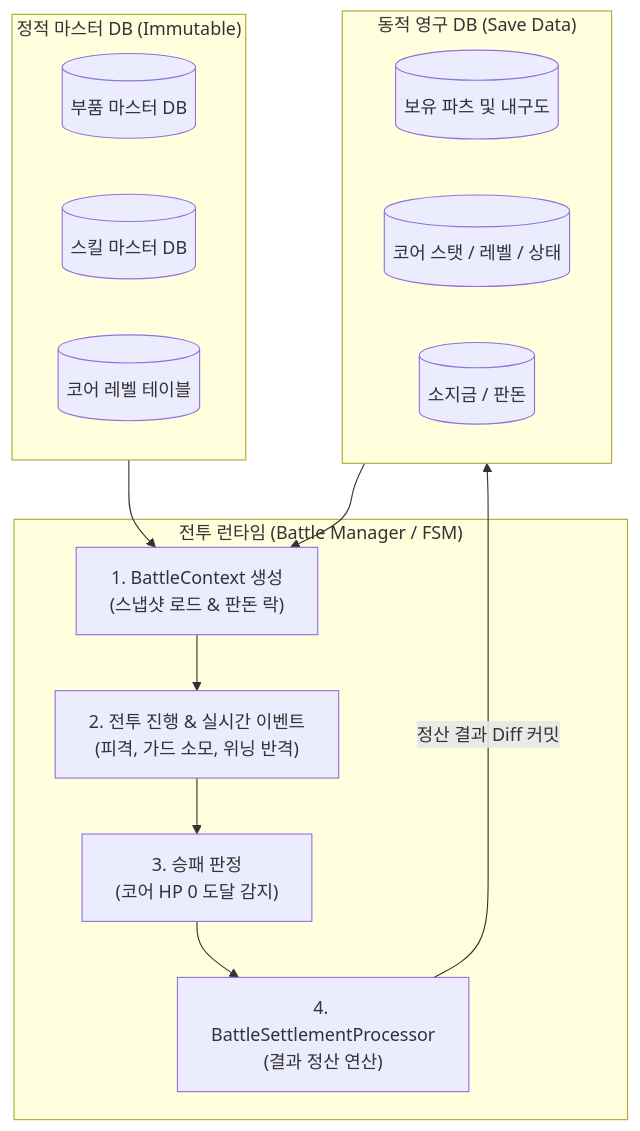
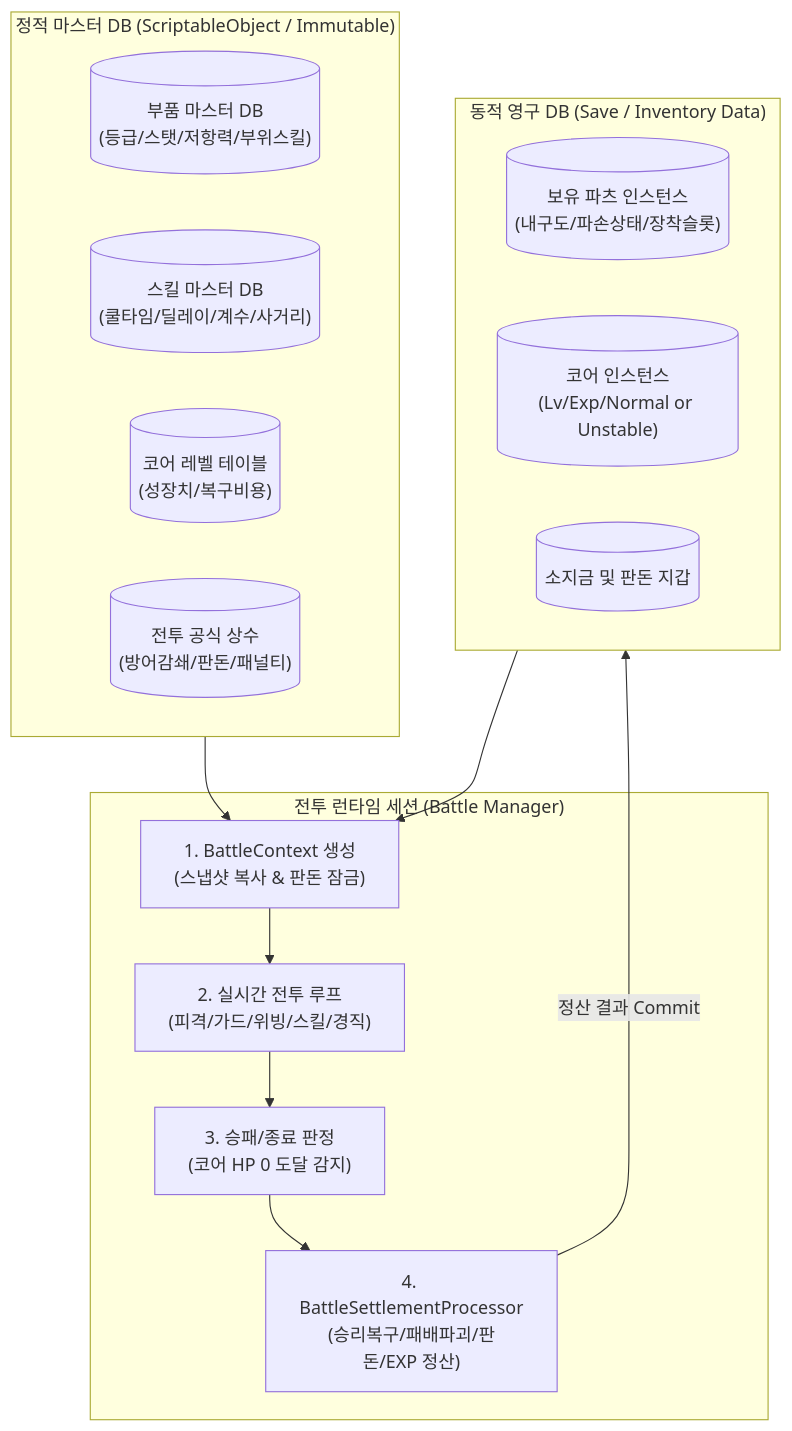
One commit to Kimdoeon52/2026_Com2us_Project changed the first of 4 diagrams in BattleManager_Architecture.md. Above: the diagram before and after it, drawn with Mermaid. The commit also changed other lines of this file and 3 other files, not shown here.

First line of the commit message:
Add PartMasterData SO and update battle docs

````diff
--- a/BattleManager_Architecture.md
+++ b/BattleManager_Architecture.md
@@ -19,26 +24,27 @@
 ```mermaid
 flowchart TD
-    subgraph MasterData["정적 마스터 DB (Immutable)"]
-        PartDB[("부품 마스터 DB")]
-        SkillDB[("스킬 마스터 DB")]
-        CoreTable[("코어 레벨 테이블")]
+    subgraph MasterData["정적 마스터 DB (ScriptableObject / Immutable)"]
+        PartDB[("부품 마스터 DB\n(등급/스탯/저항력/부위스킬)")]
+        SkillDB[("스킬 마스터 DB\n(쿨타임/딜레이/계수/사거리)")]
+        CoreTable[("코어 레벨 테이블\n(성장치/복구비용)")]
+        FormulaConst[("전투 공식 상수\n(방어감쇄/판돈/패널티)")]
     end
 
-    subgraph UserData["동적 영구 DB (Save Data)"]
-        UserParts[("보유 파츠 및 내구도")]
-        UserCore[("코어 스탯 / 레벨 / 상태")]
-        Wallet[("소지금 / 판돈")]
+    subgraph UserData["동적 영구 DB (Save / Inventory Data)"]
+        UserParts[("보유 파츠 인스턴스\n(내구도/파손상태/장착슬롯)")]
+        UserCore[("코어 인스턴스\n(Lv/Exp/Normal or Unstable)")]
+        Wallet[("소지금 및 판돈 지갑")]
     end
 
-    subgraph BattleRuntime["전투 런타임 (Battle Manager / FSM)"]
-        Init["1. BattleContext 생성\n(스냅샷 로드 & 판돈 락)"]
-        Loop["2. 전투 진행 & 실시간 이벤트\n(피격, 가드 소모, 위닝 반격)"]
-        Judge["3. 승패 판정\n(코어 HP 0 도달 감지)"]
-        Settlement["4. BattleSettlementProcessor\n(결과 정산 연산)"]
+    subgraph BattleSession["전투 런타임 세션 (Battle Manager)"]
+        Init["1. BattleContext 생성\n(스냅샷 복사 & 판돈 잠금)"]
+        Loop["2. 실시간 전투 루프\n(피격/가드/위빙/스킬/경직)"]
+        Judge["3. 승패/종료 판정\n(코어 HP 0 도달 감지)"]
+        Settlement["4. BattleSettlementProcessor\n(승리복구/패배파괴/판돈/EXP 정산)"]
     end
 
     MasterData --> Init
     UserData --> Init
     Init --> Loop --> Judge --> Settlement
-    Settlement -->|정산 결과 Diff 커밋| UserData
+    Settlement -->|정산 결과 Commit| UserData
 ```
````
